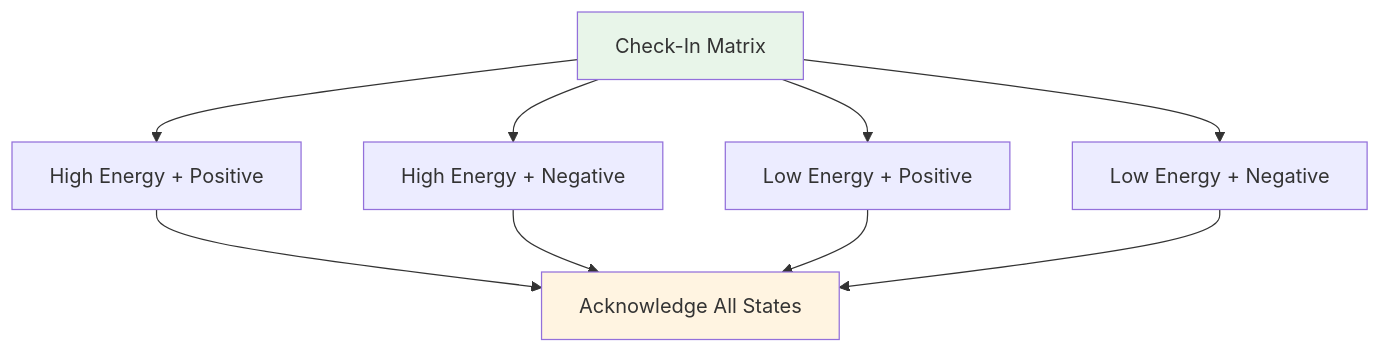
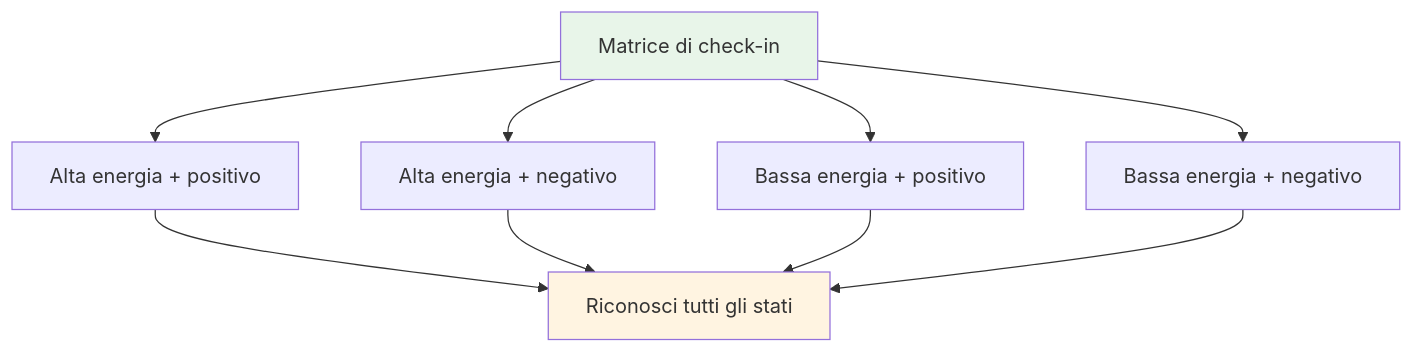
One commit to patwii/petanque-academy changed the third of 4 diagrams in docs/it/workshop.md. Above: the diagram before and after it, drawn with Mermaid. The commit also changed other lines of this file and 532 other files, not shown here.

````diff
--- a/docs/it/workshop.md
+++ b/docs/it/workshop.md
@@ -132,15 +260,15 @@
 ```mermaid
 graph TD
-    A[Check-In Matrix] --> B[High Energy + Positive]
-    A --> C[High Energy + Negative]
-    A --> D[Low Energy + Positive]
-    A --> E[Low Energy + Negative]
+    A[Matrice di check-in] --> B[Alta energia + positivo]
+    A --> C[Alta energia + negativo]
+    A --> D[Bassa energia + positivo]
+    A --> E[Bassa energia + negativo]
 
-    B --> F[Acknowledge All States]
+    B --> F[Riconosci tutti gli stati]
     C --> F
     D --> F
     E --> F
 
     style A fill:#e8f5e9
     style F fill:#fff4e1
 ```
````
